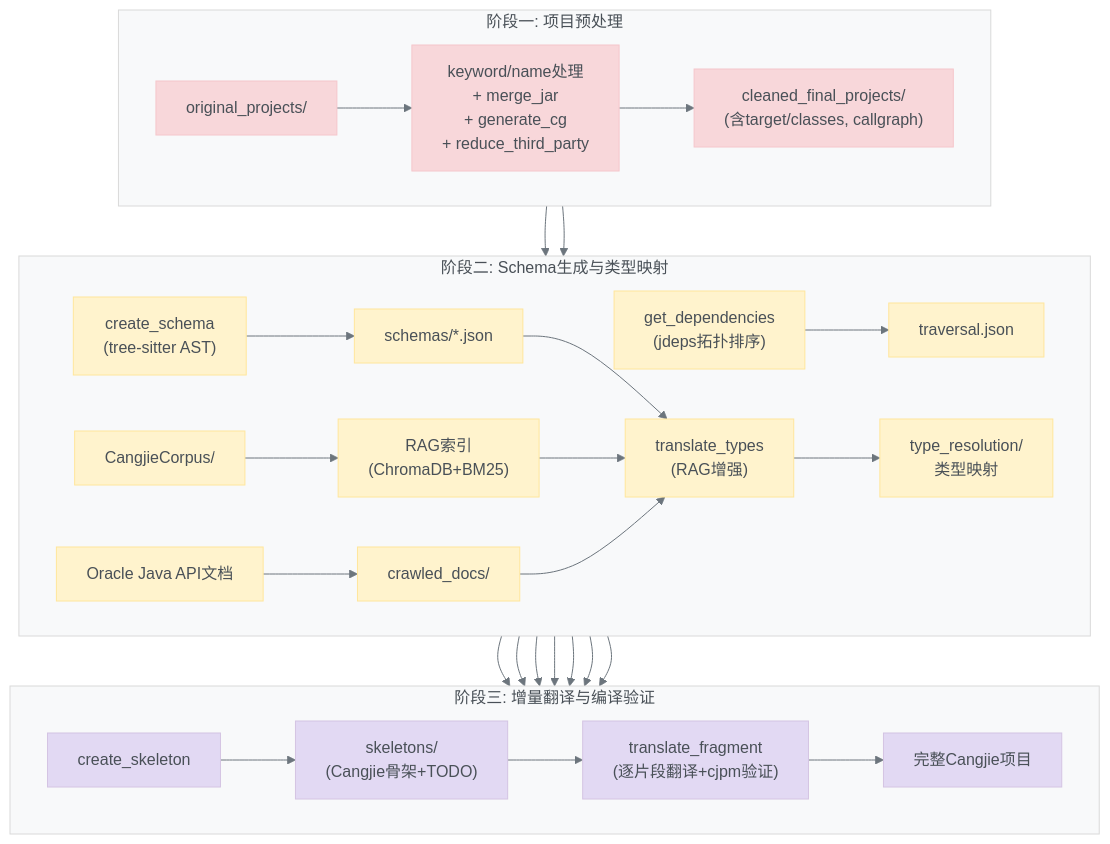
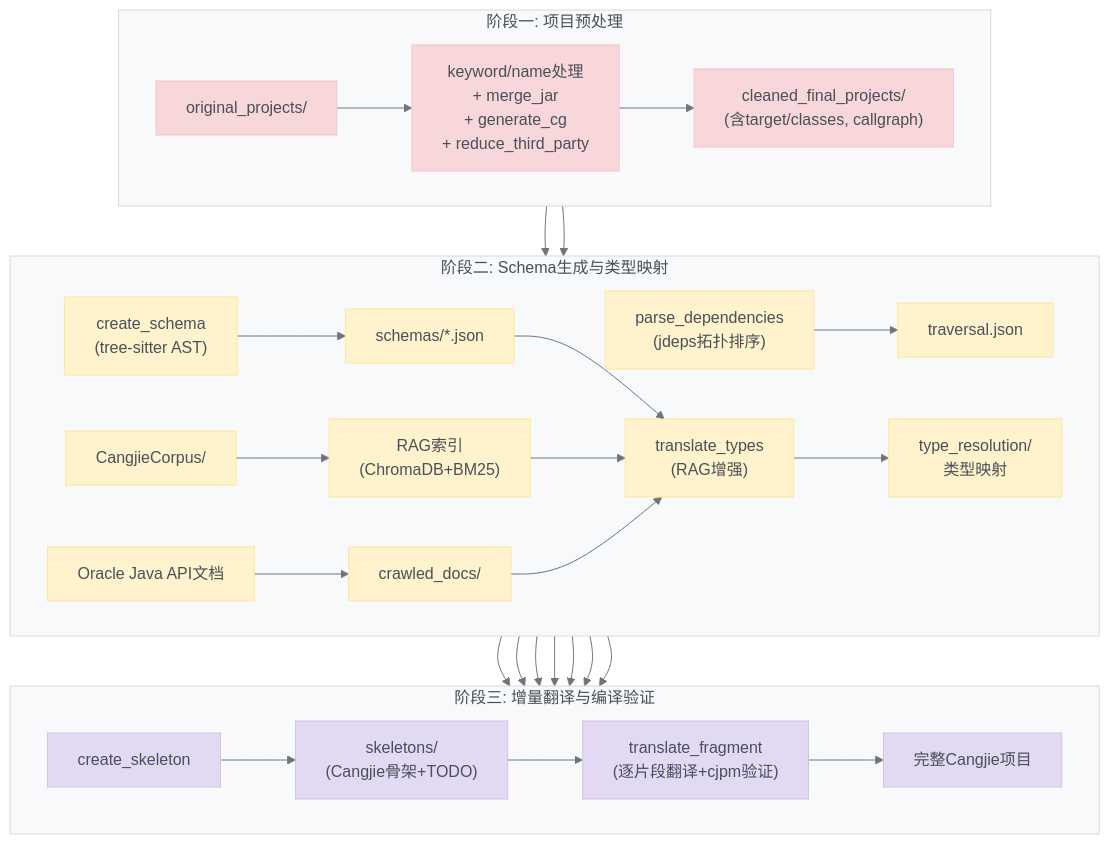
One commit to hx062312/x2cangjie changed the diagram in docs/flowchart-simple.md. Above: the diagram before and after it, drawn with Mermaid. The commit also changed other lines of this file and 14 other files, not shown here.

First line of the commit message:
refactor: rename get_dependencies → parse_dependencies

````diff
--- a/docs/flowchart-simple.md
+++ b/docs/flowchart-simple.md
@@ -1,50 +1,50 @@
 ```mermaid
 %%{init: {'theme': 'base', 'themeVariables': { 'lineColor': '#6c757d', 'primaryTextColor': '#495057', 'primaryBorderColor': '#d9d9d9', 'tertiaryColor': '#f8f9fa'}}}%%
 flowchart TD
     subgraph S1["阶段一: 项目预处理"]
         direction LR
         A1["original_projects/"] --> A2["keyword/name处理<br/>+ merge_jar<br/>+ generate_cg<br/>+ reduce_third_party"]
         A2 --> A3["cleaned_final_projects/<br/>(含target/classes, callgraph)"]
     end
 
     subgraph S2["阶段二: Schema生成与类型映射"]
         direction LR
         A3 --> B1["create_schema<br/>(tree-sitter AST)"]
-        A3 --> B2["get_dependencies<br/>(jdeps拓扑排序)"]
+        A3 --> B2["parse_dependencies<br/>(jdeps拓扑排序)"]
         B1 --> B3["schemas/*.json"]
         B2 --> B4["traversal.json"]
         D1["CangjieCorpus/"] --> D2["RAG索引<br/>(ChromaDB+BM25)"]
         D3["Oracle Java API文档"] --> D4["crawled_docs/"]
         B3 --> B5["translate_types<br/>(RAG增强)"]
         D2 --> B5
         D4 --> B5
         B5 --> B6["type_resolution/<br/>类型映射"]
     end
 
     subgraph S3["阶段三: 增量翻译与编译验证"]
         direction LR
         B3 --> C1["create_skeleton"]
         B4 --> C1
         B6 --> C1
         C1 --> C2["skeletons/<br/>(Cangjie骨架+TODO)"]
         C2 --> C3["translate_fragment<br/>(逐片段翻译+cjpm验证)"]
         B3 --> C3
         B4 --> C3
         B6 --> C3
         D2 --> C3
         C3 --> C4["完整Cangjie项目"]
     end
 
     classDef stage1 fill:#f8d7da,stroke:#f5c6cb,color:#495057
     classDef stage2 fill:#fff3cd,stroke:#ffe69c,color:#495057
     classDef stage3 fill:#e2d9f3,stroke:#d4c4e3,color:#495057
 
     class A1,A2,A3 stage1
     class B1,B2,B3,B4,B5,B6 stage2
     class C1,C2,C3,C4 stage3
     class D1,D2,D3,D4 stage2
 
     style S1 fill:#f8f9fa,stroke:#d9d9d9,color:#495057
     style S2 fill:#f8f9fa,stroke:#d9d9d9,color:#495057
     style S3 fill:#f8f9fa,stroke:#d9d9d9,color:#495057
 ```
````
